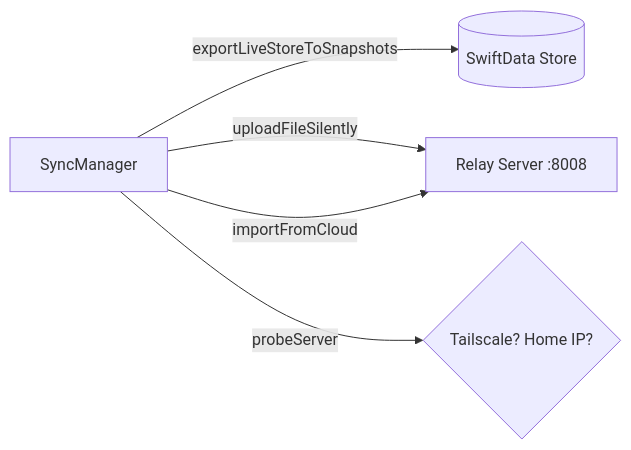
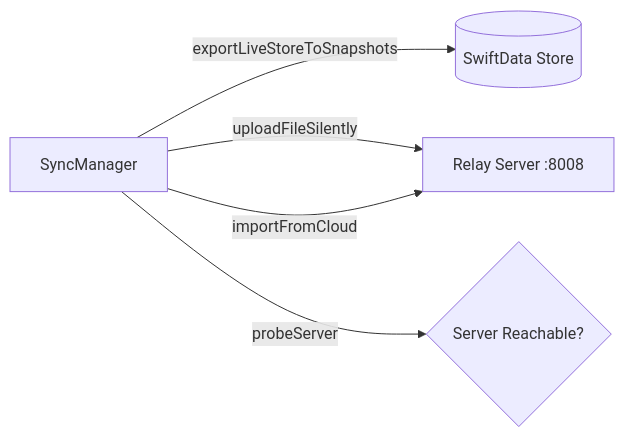
One commit to Kenan999/Notes.ai changed the third of 6 diagrams in README.md. Above: the diagram before and after it, drawn with Mermaid. The commit also changed 3 other files, not shown here.

````diff
--- a/README.md
+++ b/README.md
@@ -178,7 +178,7 @@
 ```mermaid
 graph LR
   A[SyncManager] -->|exportLiveStoreToSnapshots| B[(SwiftData Store)]
   A -->|uploadFileSilently| C[Relay Server :8008]
-  A -->|probeServer| D{Tailscale? Home IP?}
+  A -->|probeServer| D{Server Reachable?}
   A -->|importFromCloud| C
 ```
````
